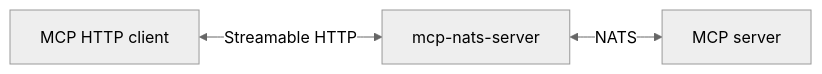
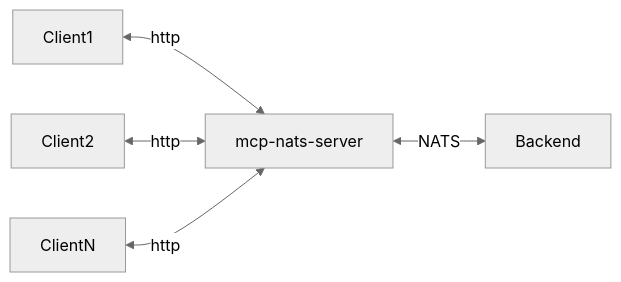
Before and after one commit to TrogonStack/trogonai: the diagram in rsworkspace/crates/mcp-nats-server/README.md, drawn with Mermaid (neutral theme). The commit also changed other lines of this file and 2 other files, not shown here.

Commit message:
docs(mcp-nats): clarify NATS bridge guidance

````diff
--- a/rsworkspace/crates/mcp-nats-server/README.md
+++ b/rsworkspace/crates/mcp-nats-server/README.md
@@ -7,5 +8,7 @@
 ```mermaid
 graph LR
-    A[MCP HTTP client] <-->|Streamable HTTP| B[mcp-nats-server]
-    B <-->|NATS| C[MCP server]
+    A1[Client1] <-->|http| B[mcp-nats-server]
+    A2[Client2] <-->|http| B
+    AN[ClientN] <-->|http| B
+    B <-->|NATS| C[Backend]
 ```
````
